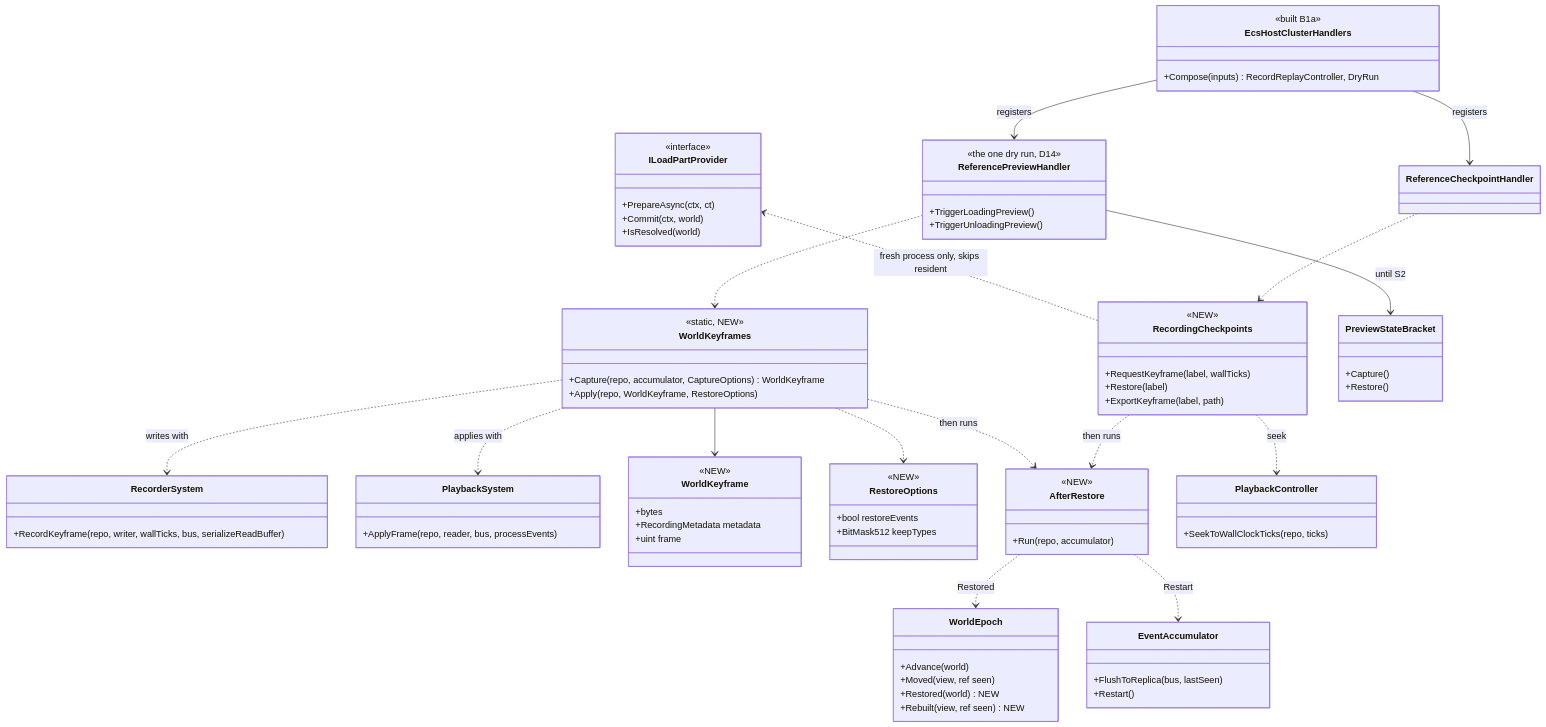
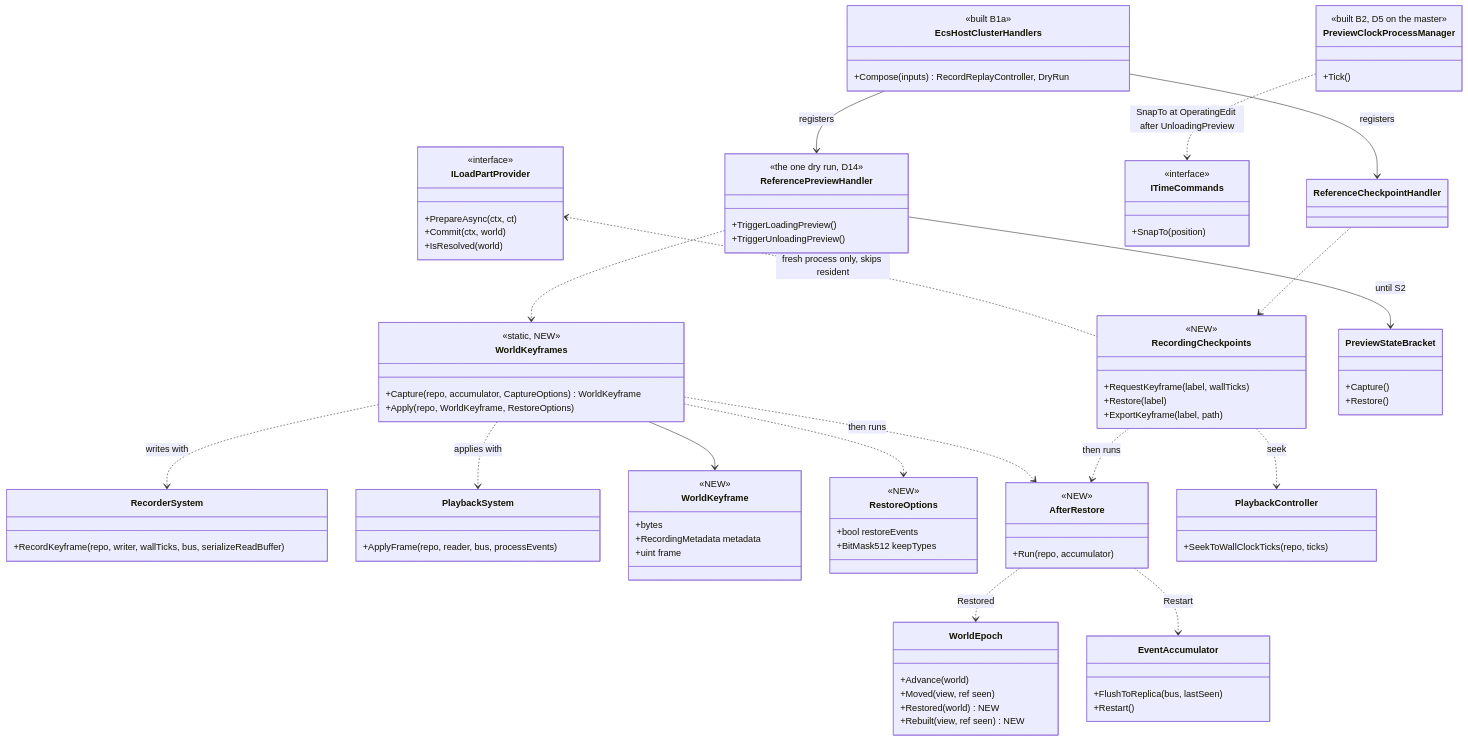
One commit to pjanec/HROT changed the second of 3 diagrams in docs/DESIGN_Checkpoint_And_Dry_Run_Restore.md. Above: the diagram before and after it, drawn with Mermaid. The commit also changed other lines of this file and 12 other files, not shown here.

```diff
--- a/docs/DESIGN_Checkpoint_And_Dry_Run_Restore.md
+++ b/docs/DESIGN_Checkpoint_And_Dry_Run_Restore.md
@@ -209,6 +217,15 @@
     +TriggerLoadingPreview()
     +TriggerUnloadingPreview()
   }
+  class PreviewClockProcessManager {
+    <<built B2, D5 on the master>>
+    +Tick()
+  }
+  class ITimeCommands {
+    <<interface>>
+    +SnapTo(position)
+  }
+  PreviewClockProcessManager ..> ITimeCommands : SnapTo at OperatingEdit after UnloadingPreview
   class ReferenceCheckpointHandler
   class PreviewStateBracket {
     +Capture()
```
